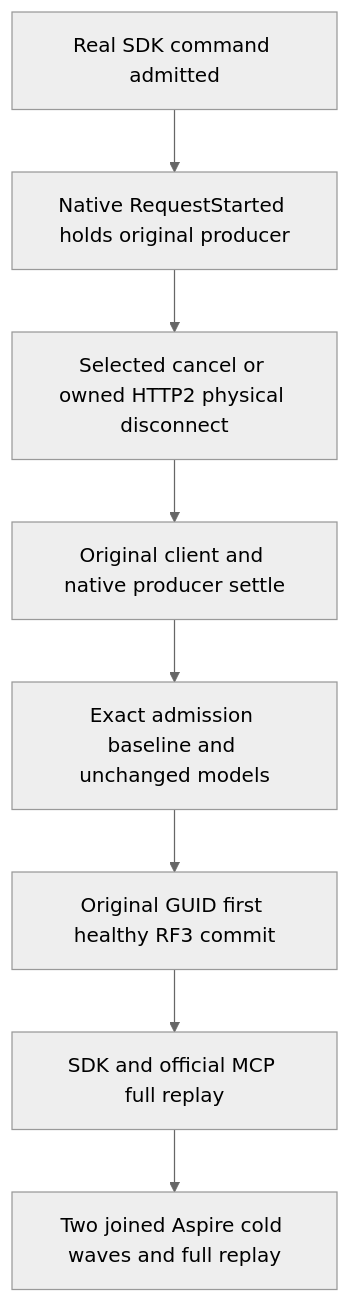
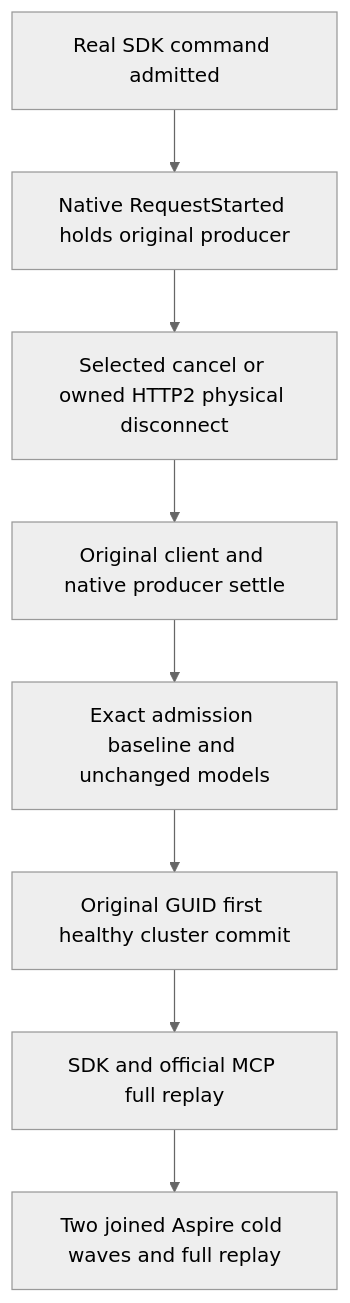
One commit to managedcode/KeyLoad changed the diagram in docs/Features/ResourceExecution/PostDispatchAdmissionReturn.md. Above: the diagram before and after it, drawn with Mermaid (neutral theme). The commit also changed other lines of this file and 7356 other files, not shown here.

````diff
--- a/docs/Features/ResourceExecution/PostDispatchAdmissionReturn.md
+++ b/docs/Features/ResourceExecution/PostDispatchAdmissionReturn.md
@@ -44,10 +43,10 @@
 ```mermaid
 flowchart TD
  A[Real SDK command admitted] --> B[Native RequestStarted holds original producer]
  B --> C[Selected cancel or owned HTTP2 physical disconnect]
  C --> D[Original client and native producer settle]
  D --> E[Exact admission baseline and unchanged models]
- E --> F[Original GUID first healthy RF3 commit]
+ E --> F[Original GUID first healthy cluster commit]
  F --> G[SDK and official MCP full replay]
  G --> H[Two joined Aspire cold waves and full replay]
 ```
````
